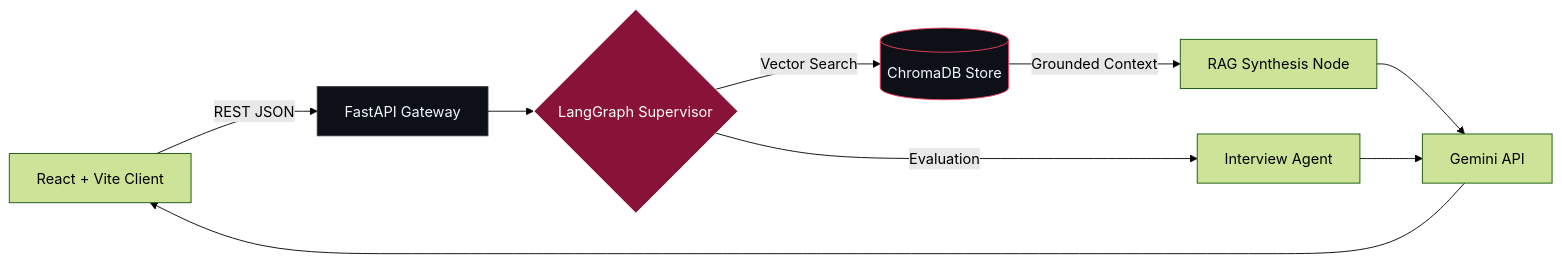
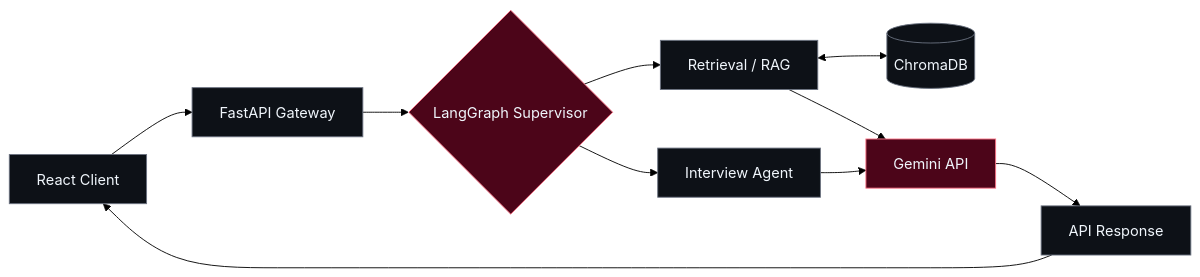
The first of 2 diagrams in README.md (harsh24239/harsh24239), drawn with Mermaid (forest theme) before and after one commit. The commit also changed other lines of this file, not shown here.

````diff
--- a/README.md
+++ b/README.md
@@ -93,14 +119,16 @@
 ```mermaid
 flowchart LR
-    UI["React + Vite Client"] -->|REST JSON| API["FastAPI Gateway"]
+    UI["React Client"] --> API["FastAPI Gateway"]
     API --> SUP{"LangGraph Supervisor"}
-    SUP -->|Vector Search| VDB[("ChromaDB Store")]
-    VDB -->|Grounded Context| RAG["RAG Synthesis Node"]
-    SUP -->|Evaluation| INT["Interview Agent"]
-    RAG --> LLM["Gemini API"]
+    SUP --> RET["Retrieval / RAG"]
+    SUP --> INT["Interview Agent"]
+    RET <--> DB[("ChromaDB")]
+    RET --> LLM["Gemini API"]
     INT --> LLM
-    LLM --> UI
-    style SUP fill:#881337,stroke:#F0F6FC,color:#FFFFFF
-    style API fill:#0D1117,stroke:#30363D,color:#F0F6FC
-    style VDB fill:#0D1117,stroke:#F43F5E,color:#F0F6FC
+    LLM --> RES["API Response"]
+    RES --> UI
+    classDef accent fill:#4C0519,stroke:#FB7185,color:#F0F6FC;
+    classDef base fill:#0D1117,stroke:#6B7280,color:#F0F6FC;
+    class SUP,LLM accent;
+    class UI,API,RET,INT,DB,RES base;
 ```
````
